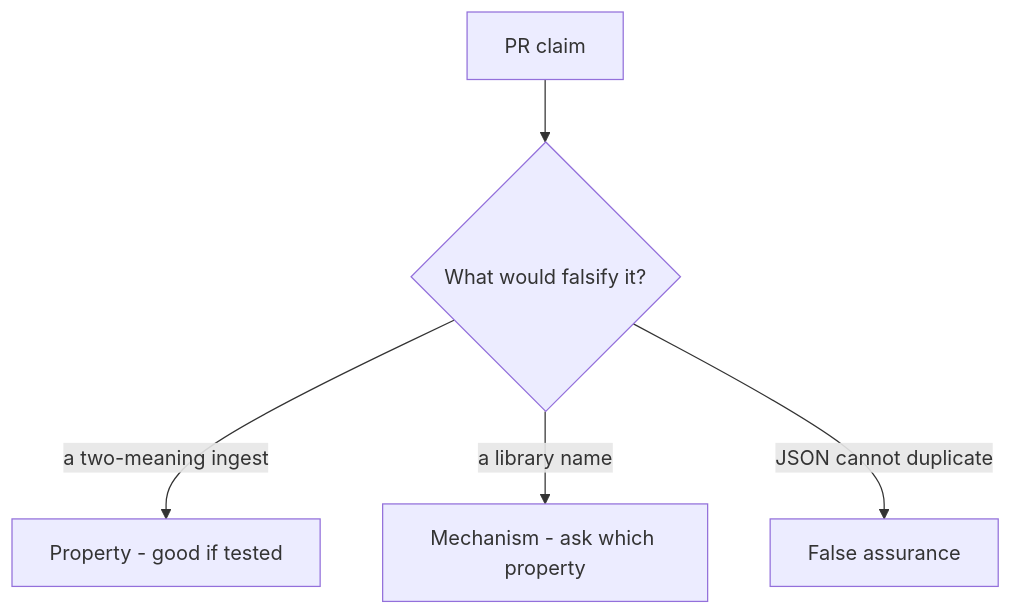
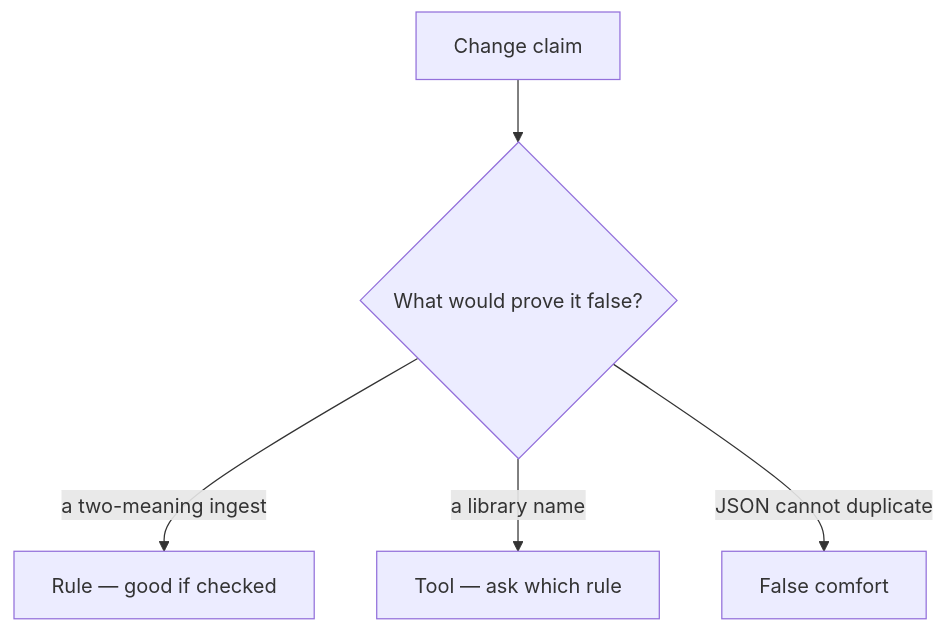
Before and after one commit to ishitvagoel/LearnSecurity: the diagram in content/modules/2/2.1/lessons/08-review.md, drawn with Mermaid. The commit also changed other lines of this file and 44 other files, not shown here.

````diff
--- a/content/modules/2/2.1/lessons/08-review.md
+++ b/content/modules/2/2.1/lessons/08-review.md
@@ -17,7 +18,7 @@
 ```mermaid
 flowchart TD
-  Claim[PR claim] --> Q{What would falsify it?}
-  Q -->|a two-meaning ingest| Property[Property - good if tested]
-  Q -->|a library name| Mechanism[Mechanism - ask which property]
-  Q -->|JSON cannot duplicate| False[False assurance]
+  Claim[Change claim] --> Q{What would prove it false?}
+  Q -->|a two-meaning ingest| Property[Rule — good if checked]
+  Q -->|a library name| Mechanism[Tool — ask which rule]
+  Q -->|JSON cannot duplicate| False[False comfort]
 ```
````
